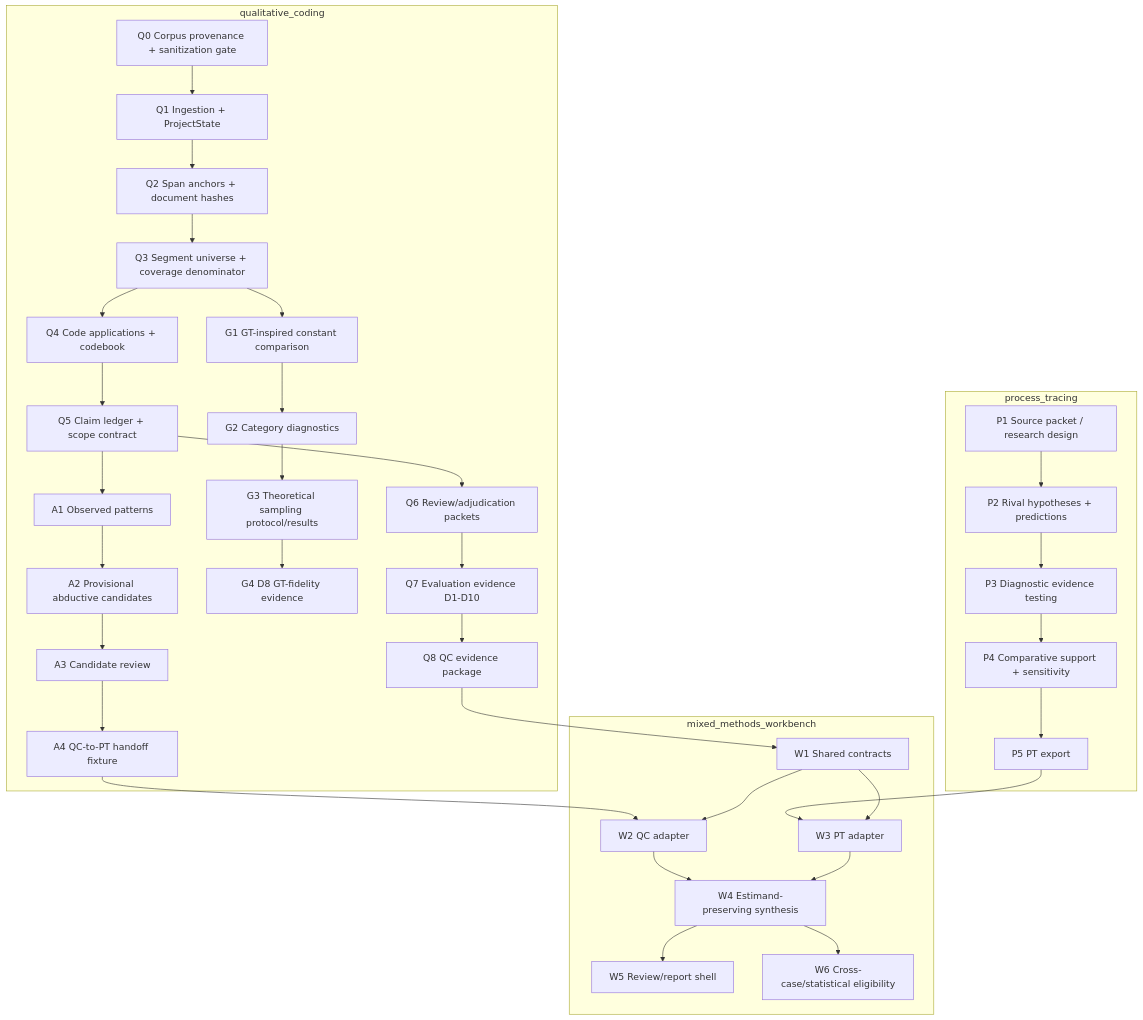
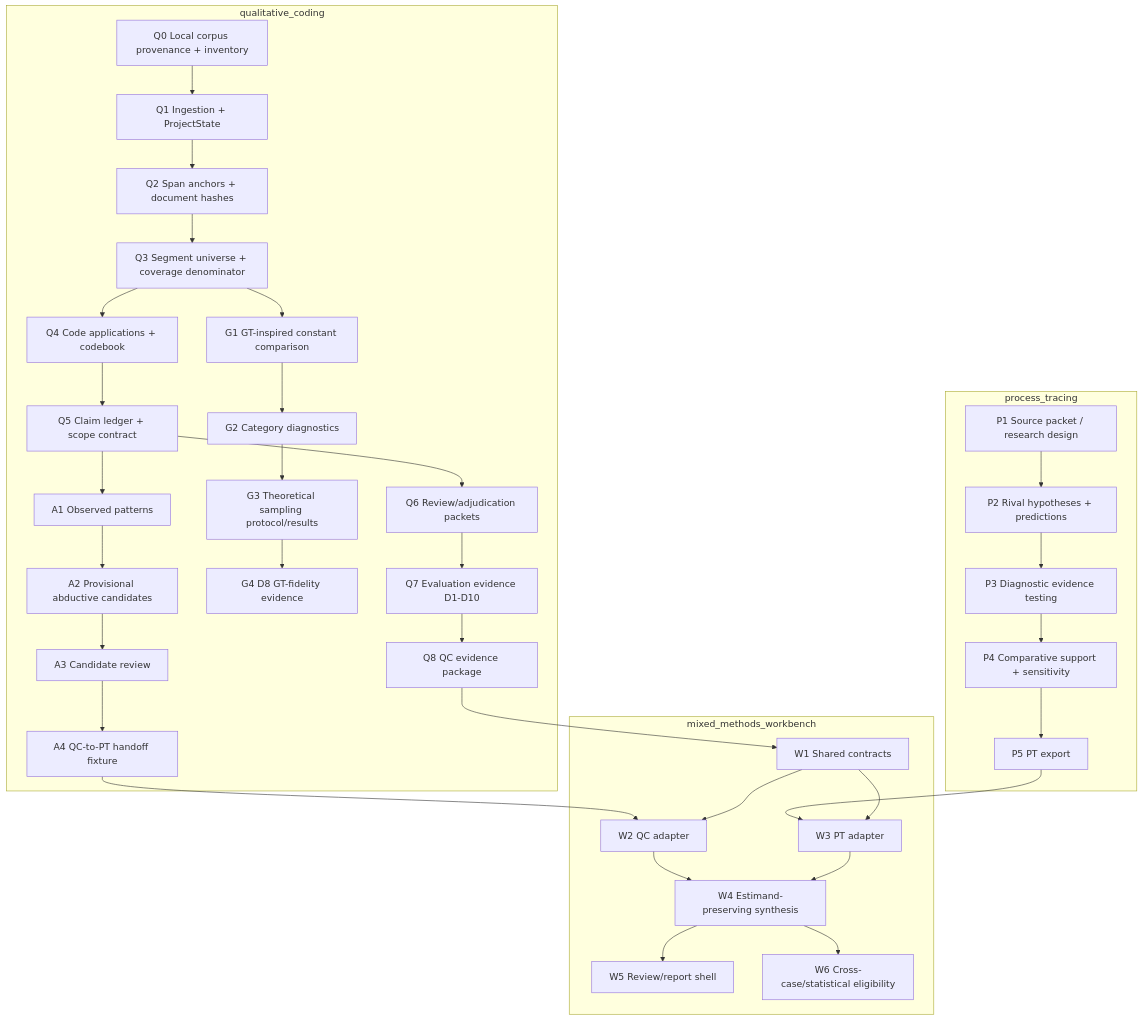
The diagram in docs/CAPABILITY_DEPENDENCY_GRAPH.md (BrianMills2718/qc), drawn with Mermaid before and after one commit. The commit also changed other lines of this file and 7 other files, not shown here.

````diff
--- a/docs/CAPABILITY_DEPENDENCY_GRAPH.md
+++ b/docs/CAPABILITY_DEPENDENCY_GRAPH.md
@@ -33,49 +33,49 @@
 ```mermaid
 flowchart TD
   subgraph QC["qualitative_coding"]
-    Q0["Q0 Corpus provenance + sanitization gate"]
+    Q0["Q0 Local corpus provenance + inventory"]
     Q1["Q1 Ingestion + ProjectState"]
     Q2["Q2 Span anchors + document hashes"]
     Q3["Q3 Segment universe + coverage denominator"]
     Q4["Q4 Code applications + codebook"]
     Q5["Q5 Claim ledger + scope contract"]
     Q6["Q6 Review/adjudication packets"]
     Q7["Q7 Evaluation evidence D1-D10"]
     Q8["Q8 QC evidence package"]
     G1["G1 GT-inspired constant comparison"]
     G2["G2 Category diagnostics"]
     G3["G3 Theoretical sampling protocol/results"]
     G4["G4 D8 GT-fidelity evidence"]
     A1["A1 Observed patterns"]
     A2["A2 Provisional abductive candidates"]
     A3["A3 Candidate review"]
     A4["A4 QC-to-PT handoff fixture"]
   end
 
   subgraph PT["process_tracing"]
     P1["P1 Source packet / research design"]
     P2["P2 Rival hypotheses + predictions"]
     P3["P3 Diagnostic evidence testing"]
     P4["P4 Comparative support + sensitivity"]
     P5["P5 PT export"]
   end
 
   subgraph WB["mixed_methods_workbench"]
     W1["W1 Shared contracts"]
     W2["W2 QC adapter"]
     W3["W3 PT adapter"]
     W4["W4 Estimand-preserving synthesis"]
     W5["W5 Review/report shell"]
     W6["W6 Cross-case/statistical eligibility"]
   end
 
   Q0 --> Q1 --> Q2 --> Q3 --> Q4 --> Q5 --> Q6 --> Q7 --> Q8
   Q3 --> G1 --> G2 --> G3 --> G4
   Q5 --> A1 --> A2 --> A3 --> A4
   Q8 --> W1
   A4 --> W2
   P1 --> P2 --> P3 --> P4 --> P5 --> W3
   W1 --> W2 --> W4 --> W5
   W1 --> W3 --> W4
   W4 --> W6
 ```
````
